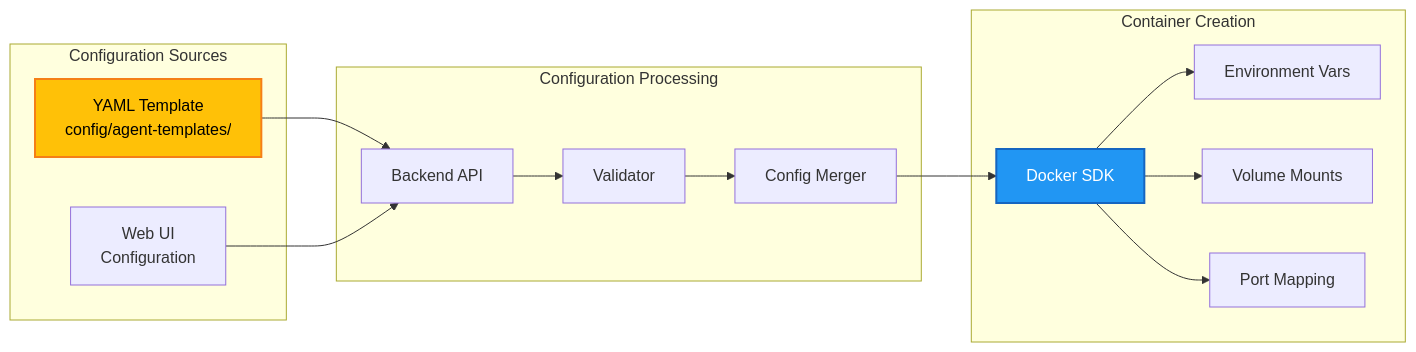
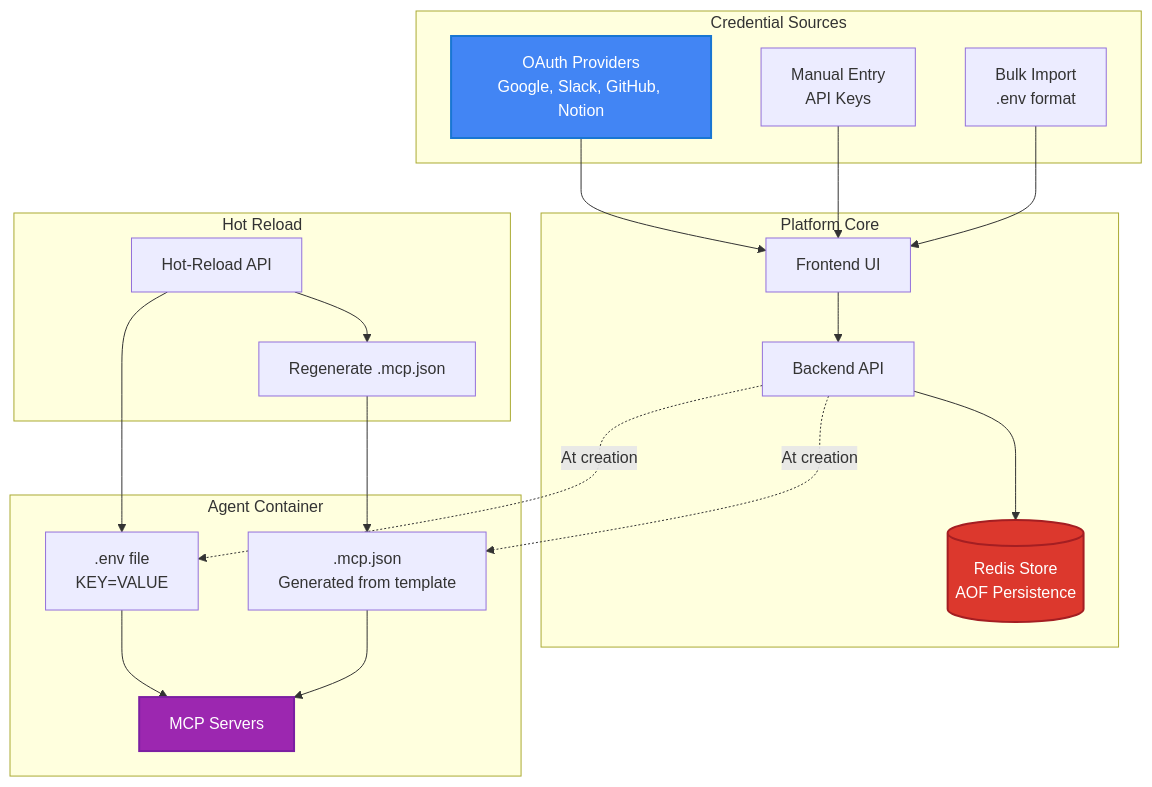
One commit to webmixgamer/trinity changed the ninth of 15 diagrams in docs/trinity-architecture-diagrams.md. Above: the diagram before and after it, drawn with Mermaid. The commit also changed other lines of this file and 83 other files, not shown here.

````diff
--- a/docs/trinity-architecture-diagrams.md
+++ b/docs/trinity-architecture-diagrams.md
@@ -249,33 +355,44 @@
 ```mermaid
-graph LR
-    subgraph "Configuration Sources"
-        YAML[YAML Template<br/>config/agent-templates/]
-        UI[Web UI<br/>Configuration]
+graph TB
+    subgraph "Credential Sources"
+        OAUTH[OAuth Providers<br/>Google, Slack, GitHub, Notion]
+        MANUAL[Manual Entry<br/>API Keys]
+        BULK[Bulk Import<br/>.env format]
     end
-    
-    subgraph "Configuration Processing"
+
+    subgraph "Platform Core"
+        UI[Frontend UI]
         API[Backend API]
-        VALID[Validator]
-        MERGE[Config Merger]
+        REDIS[(Redis Store<br/>AOF Persistence)]
     end
-    
-    subgraph "Container Creation"
-        DOCKER[Docker SDK]
-        ENV[Environment Vars]
-        VOL[Volume Mounts]
-        PORT[Port Mapping]
+
+    subgraph "Agent Container"
+        ENV[.env file<br/>KEY=VALUE]
+        MCPJ[.mcp.json<br/>Generated from template]
+        SERVERS[MCP Servers]
     end
-    
-    YAML --> API
+
+    subgraph "Hot Reload"
+        HR[Hot-Reload API]
+        REGEN[Regenerate .mcp.json]
+    end
+
+    OAUTH --> UI
+    MANUAL --> UI
+    BULK --> UI
     UI --> API
-    API --> VALID
-    VALID --> MERGE
-    MERGE --> DOCKER
-    
-    DOCKER --> ENV
-    DOCKER --> VOL  
-    DOCKER --> PORT
-    
-    style YAML fill:#FFC107,stroke:#F57F17,stroke-width:2px,color:#000
-    style DOCKER fill:#2196F3,stroke:#1565C0,stroke-width:2px,color:#fff
+    API --> REDIS
+
+    API -.->|At creation| ENV
+    API -.->|At creation| MCPJ
+    ENV --> SERVERS
+    MCPJ --> SERVERS
+
+    HR --> ENV
+    HR --> REGEN
+    REGEN --> MCPJ
+
+    style OAUTH fill:#4285F4,stroke:#1976D2,stroke-width:2px,color:#fff
+    style REDIS fill:#DC382D,stroke:#A41E22,stroke-width:2px,color:#fff
+    style SERVERS fill:#9C27B0,stroke:#7B1FA2,stroke-width:2px,color:#fff
 ```
````
